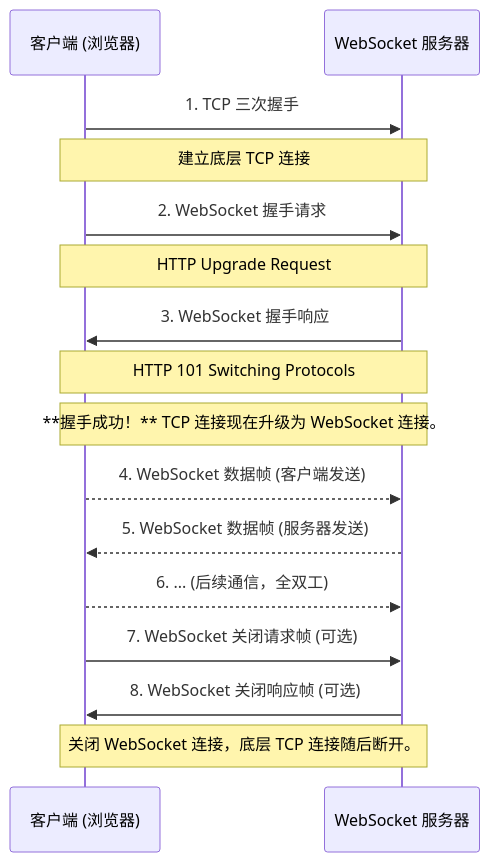
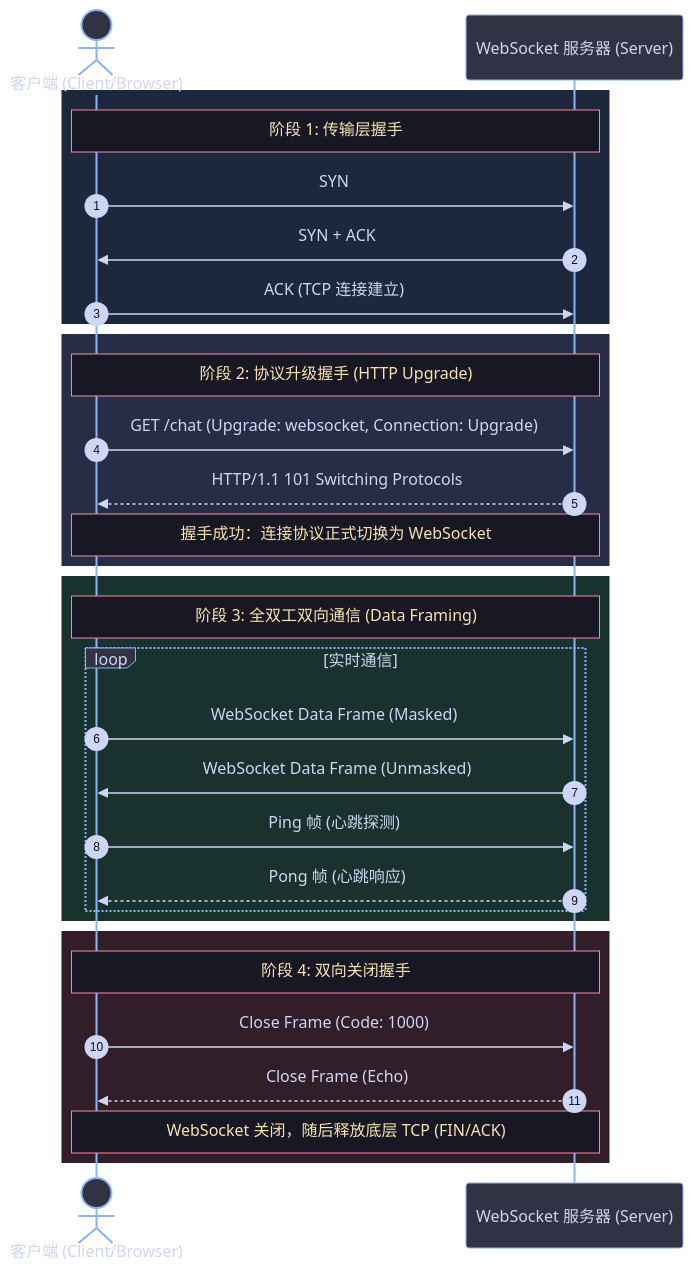
One commit to teatang/t-blog changed the diagram in source/_posts/2023/2023-06-23_WebSocket详解：实现全双工实时通信.md. Above: the diagram before and after it, drawn with Mermaid. The commit also changed 3 other files, not shown here.

```diff
--- a/source/_posts/2023/2023-06-23_WebSocket详解：实现全双工实时通信.md
+++ b/source/_posts/2023/2023-06-23_WebSocket详解：实现全双工实时通信.md
@@ -52,24 +52,56 @@
 {% mermaid %}
+%%{init: {
+  'theme': 'base',
+  'themeVariables': {
+    'darkMode': true,
+    'background': '#1e1e2e',
+    'primaryColor': '#313244',
+    'primaryTextColor': '#cdd6f4',
+    'primaryBorderColor': '#89b4fa',
+    'lineColor': '#a6adc8',
+    'secondaryColor': '#181825',
+    'tertiaryColor': '#11111b',
+    'noteBkgColor': '#181825',
+    'noteTextColor': '#f9e2af',
+    'noteBorderColor': '#f38ba8',
+    'activationBorderColor': '#89b4fa',
+    'activationBkgColor': '#45475a',
+    'sequenceNumberColor': '#11111b'
+  }
+}}%%
 sequenceDiagram
-    participant C as 客户端 (浏览器)
-    participant S as WebSocket 服务器
+    autonumber
+    actor C as 客户端 (Client/Browser)
+    participant S as WebSocket 服务器 (Server)
 
-    C->>S: 1. TCP 三次握手
-    Note over C,S: 建立底层 TCP 连接
+    rect rgb(30, 40, 60)
+        Note over C,S: 阶段 1: 传输层握手
+        C->>S: SYN
+        S->>C: SYN + ACK
+        C->>S: ACK (TCP 连接建立)
+    end
 
-    C->>S: 2. WebSocket 握手请求
-    Note over C,S: HTTP Upgrade Request
+    rect rgb(40, 45, 70)
+        Note over C,S: 阶段 2: 协议升级握手 (HTTP Upgrade)
+        C->>S: GET /chat (Upgrade: websocket, Connection: Upgrade)
+        S-->>C: HTTP/1.1 101 Switching Protocols
+        Note over C,S: 握手成功：连接协议正式切换为 WebSocket
+    end
 
-    S->>C: 3. WebSocket 握手响应
-    Note over C,S: HTTP 101 Switching Protocols
+    rect rgb(25, 50, 45)
+        Note over C,S: 阶段 3: 全双工双向通信 (Data Framing)
+        loop 实时通信
+            C->>S: WebSocket Data Frame (Masked)
+            S->>C: WebSocket Data Frame (Unmasked)
+            C->>S: Ping 帧 (心跳探测)
+            S-->>C: Pong 帧 (心跳响应)
+        end
+    end
 
-    Note over C,S: **握手成功！** TCP 连接现在升级为 WebSocket 连接。
-
-    C-->>S: 4. WebSocket 数据帧 (客户端发送)
-    S-->>C: 5. WebSocket 数据帧 (服务器发送)
-    C-->>S: 6. ... (后续通信，全双工)
-
-    C->>S: 7. WebSocket 关闭请求帧 (可选)
-    S->>C: 8. WebSocket 关闭响应帧 (可选)
-    Note over C,S: 关闭 WebSocket 连接，底层 TCP 连接随后断开。
+    rect rgb(50, 30, 40)
+        Note over C,S: 阶段 4: 双向关闭握手
+        C->>S: Close Frame (Code: 1000)
+        S-->>C: Close Frame (Echo)
+        Note over C,S: WebSocket 关闭，随后释放底层 TCP (FIN/ACK)
+    end
 {% endmermaid %}
```
